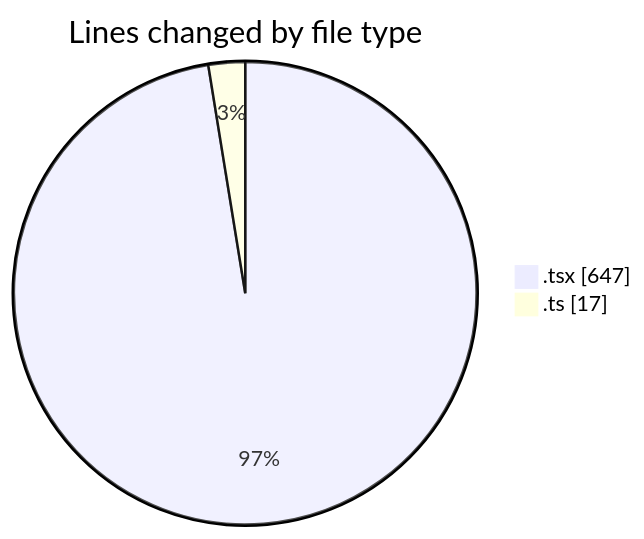
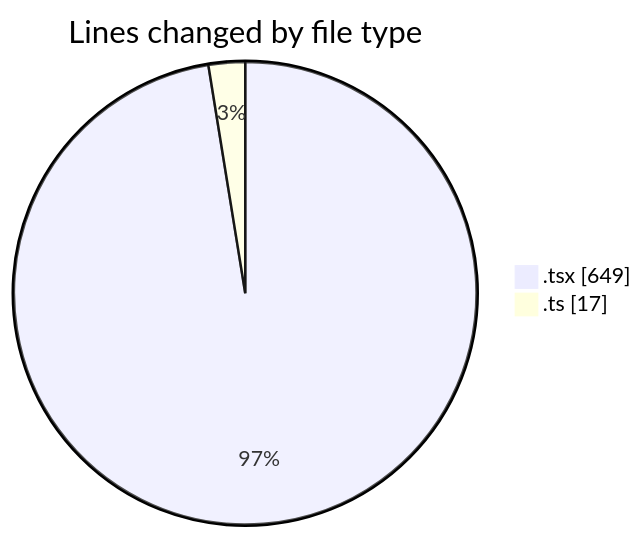
Before and after one commit to momahboobian/code-tracking: the first of 2 diagrams in 2025-04-02/cda/README.md, drawn with Mermaid. The commit also changed other lines of this file and 1 other file, not shown here.

````diff
--- a/2025-04-02/cda/README.md
+++ b/2025-04-02/cda/README.md
@@ -23,6 +23,6 @@
 ```mermaid
 pie showData
 title Lines changed by file type
-".tsx" : 647
+".tsx" : 649
 ".ts" : 17
 ```
````
